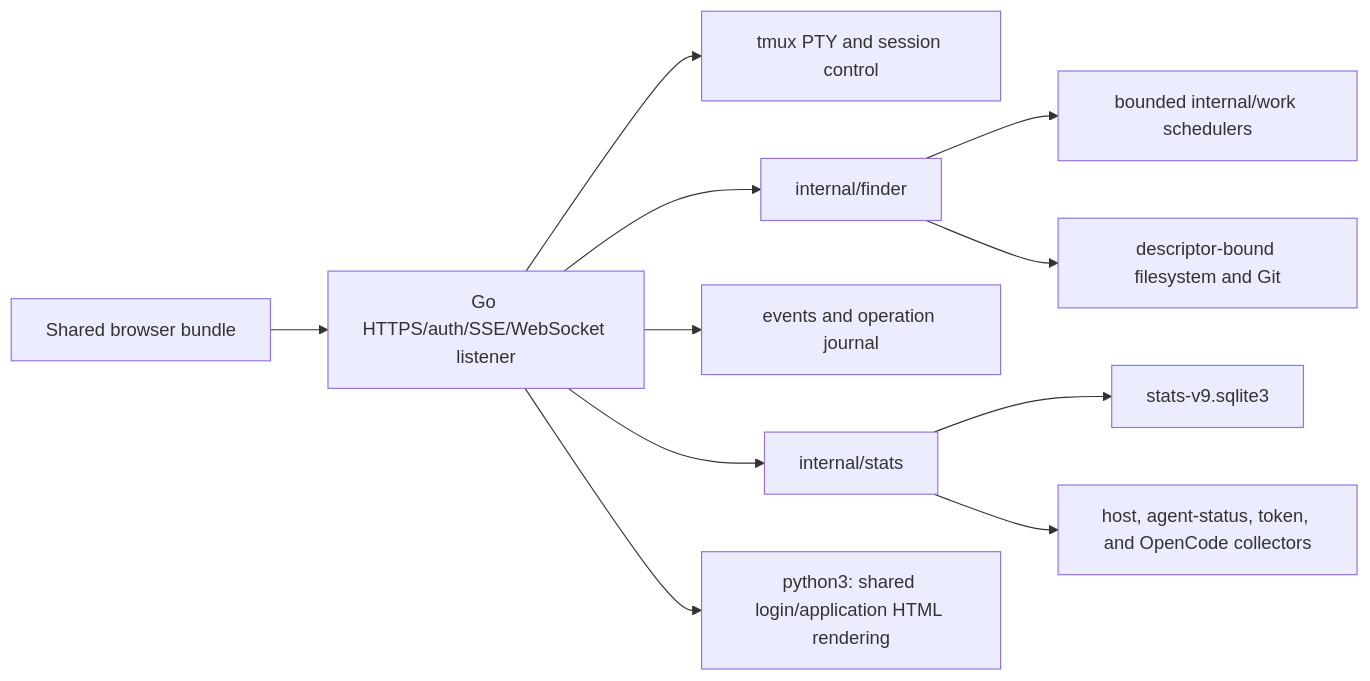
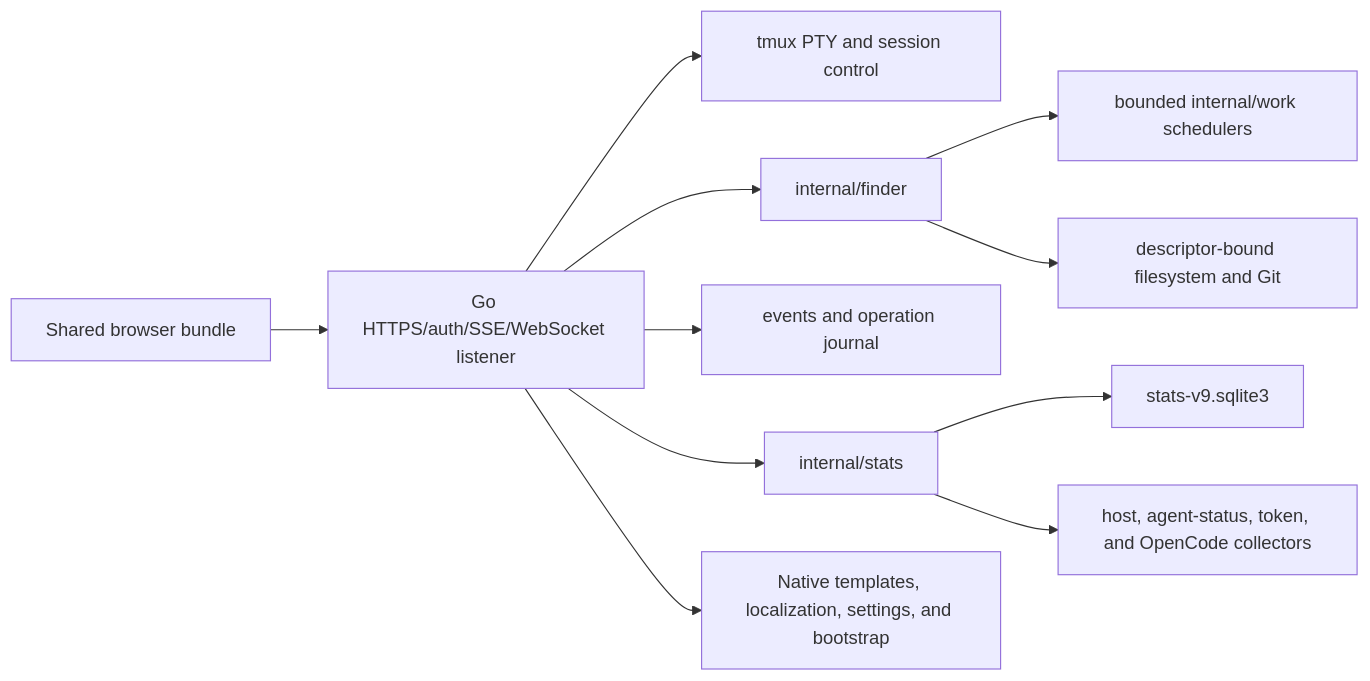
One commit to keivenchang/yomux changed the diagram in GO_MIGRATION.md. Above: the diagram before and after it, drawn with Mermaid. The commit also changed other lines of this file and 551 other files, not shown here.

````diff
--- a/GO_MIGRATION.md
+++ b/GO_MIGRATION.md
@@ -41,13 +26,13 @@
 ```mermaid
 flowchart LR
   browser["Shared browser bundle"] --> listener["Go HTTPS/auth/SSE/WebSocket listener"]
   listener --> tmux["tmux PTY and session control"]
   listener --> finder["internal/finder"]
   listener --> events["events and operation journal"]
   listener --> stats["internal/stats"]
   finder --> work["bounded internal/work schedulers"]
   finder --> fs["descriptor-bound filesystem and Git"]
   stats --> db["stats-v9.sqlite3"]
   stats --> collectors["host, agent-status, token, and OpenCode collectors"]
-  listener --> python["python3: shared login/application HTML rendering"]
+  listener --> pages["Native templates, localization, settings, and bootstrap"]
 ```
````
